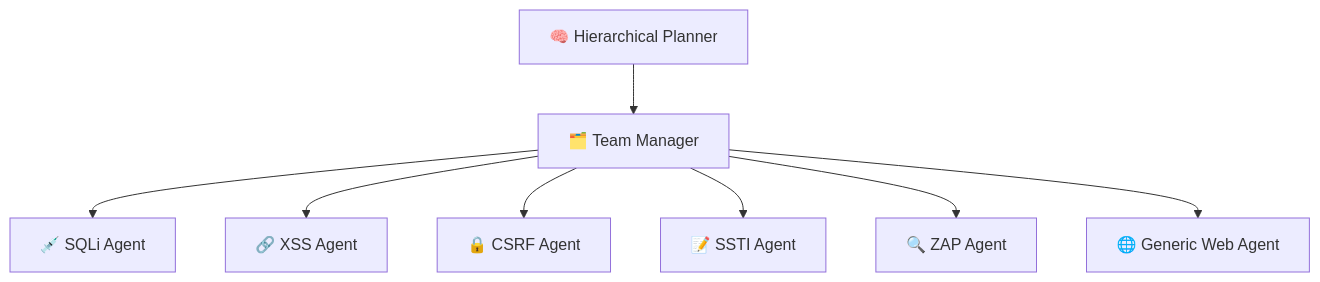
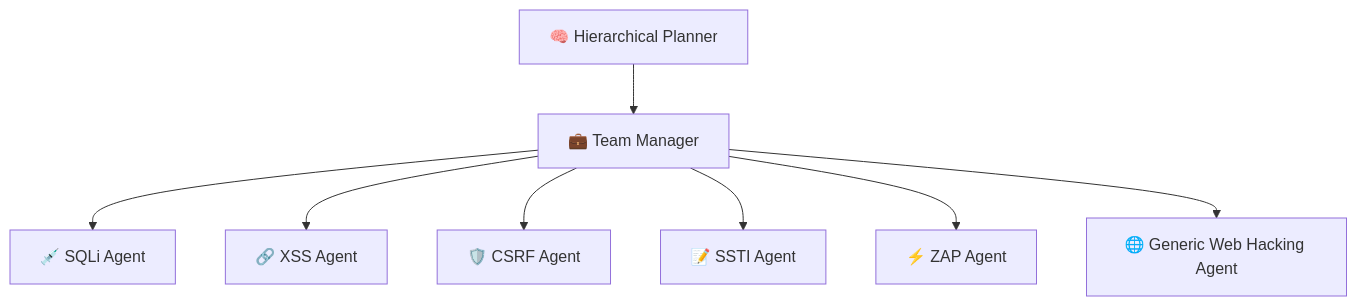
Before and after one commit to nishan-paul-2022/cmatrix-agentic-red-team: the diagram in docs/paper-research/md-downloaded-paper-curated/02-teams-of-llm-agents-can-exploit-zero-day-vulnerabilities.md, drawn with Mermaid. The commit also changed other lines of this file and 52 other files, not shown here.

````diff
--- a/docs/paper-research/md-downloaded-paper-curated/02-teams-of-llm-agents-can-exploit-zero-day-vulnerabilities.md
+++ b/docs/paper-research/md-downloaded-paper-curated/02-teams-of-llm-agents-can-exploit-zero-day-vulnerabilities.md
@@ -212,10 +113,10 @@
 ```mermaid
-flowchart TD
-    A[🧠 Hierarchical Planner] --> B[🗂️ Team Manager]
-    B --> C[💉 SQLi Agent]
-    B --> D[🔗 XSS Agent]
-    B --> E[🔒 CSRF Agent]
-    B --> F[📝 SSTI Agent]
-    B --> G[🔍 ZAP Agent]
-    B --> H[🌐 Generic Web Agent]
+graph TD
+    Planner[🧠 Hierarchical Planner] --> Manager[💼 Team Manager]
+    Manager --> SQLi[💉 SQLi Agent]
+    Manager --> XSS[🔗 XSS Agent]
+    Manager --> CSRF[🛡️ CSRF Agent]
+    Manager --> SSTI[📝 SSTI Agent]
+    Manager --> ZAP[⚡ ZAP Agent]
+    Manager --> Generic[🌐 Generic Web Hacking Agent]
 ```
````
